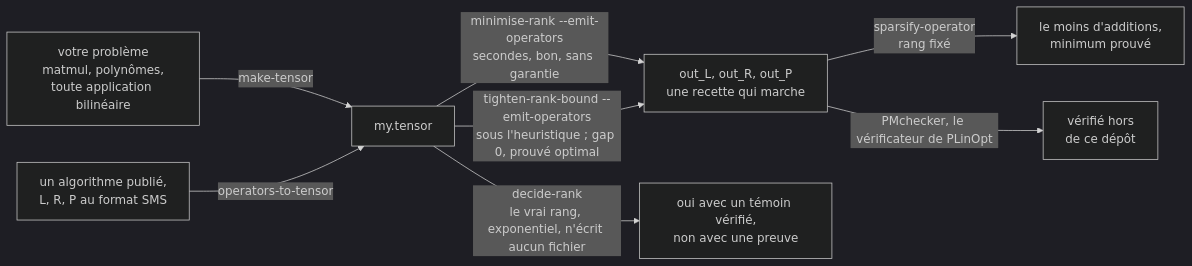
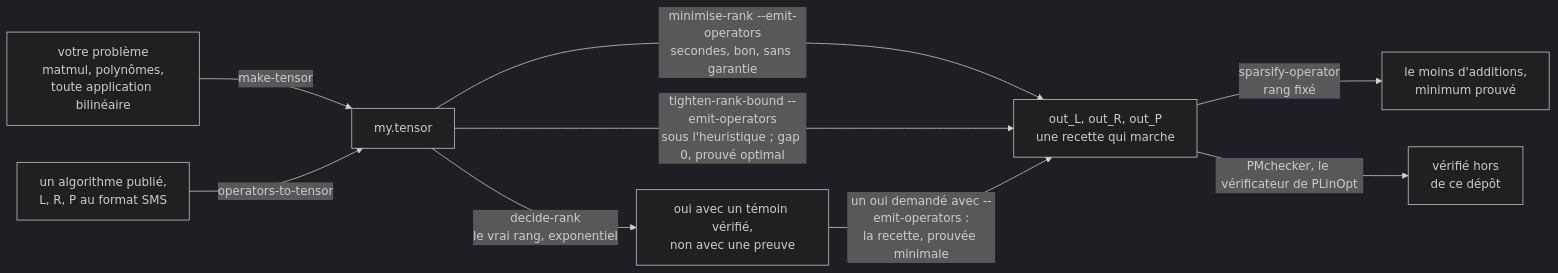
One commit to Tewf/tensor-rank-toolkit changed the diagram in README.fr.md. Above: the diagram before and after it, drawn with Mermaid (dark theme). The commit also changed 11 other files, not shown here.

First line of the commit message:
Let decide-rank hand over the witness it already verified

````diff
--- a/README.fr.md
+++ b/README.fr.md
@@ -92,10 +92,11 @@
 ```mermaid
 flowchart LR
     probleme["votre problème<br/>matmul, polynômes,<br/>toute application bilinéaire"] -->|"make-tensor"| tenseur["my.tensor"]
     publie["un algorithme publié,<br/>L, R, P au format SMS"] -->|"operators-to-tensor"| tenseur
     tenseur -->|"minimise-rank --emit-operators<br/>secondes, bon, sans garantie"| recette["out_L, out_R, out_P<br/>une recette qui marche"]
     tenseur -->|"tighten-rank-bound --emit-operators<br/>sous l'heuristique ; gap 0, prouvé optimal"| recette
-    tenseur -->|"decide-rank<br/>le vrai rang, exponentiel, n'écrit aucun fichier"| verdict["oui avec un témoin vérifié,<br/>non avec une preuve"]
+    tenseur -->|"decide-rank<br/>le vrai rang, exponentiel"| verdict["oui avec un témoin vérifié,<br/>non avec une preuve"]
+    verdict -->|"un oui demandé avec --emit-operators :<br/>la recette, prouvée minimale"| recette
     recette -->|"sparsify-operator<br/>rang fixé"| creuse["le moins d'additions,<br/>minimum prouvé"]
     recette -->|"PMchecker, le vérificateur de PLinOpt"| dehors["vérifié hors<br/>de ce dépôt"]
 ```
````
